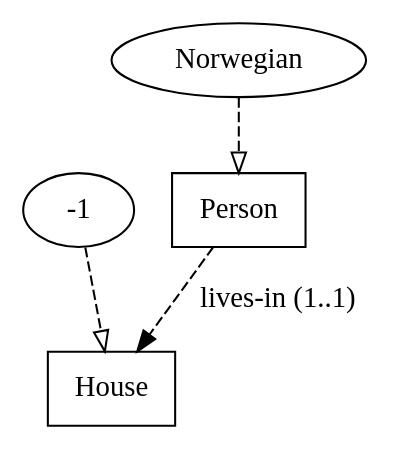
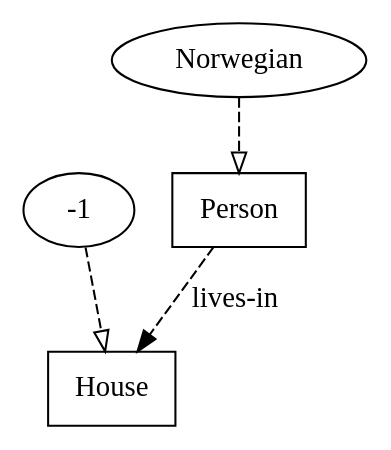
The first of 6 diagrams in docs/kernel/ir/03-ein-lang/04_dot_rendering.md (agutikov/ein), drawn with Graphviz before and after one commit. The commit also changed 12 other files, not shown here.

````diff
--- a/docs/kernel/ir/03-ein-lang/04_dot_rendering.md
+++ b/docs/kernel/ir/03-ein-lang/04_dot_rendering.md
@@ -80,11 +80,11 @@
 ```dot
 digraph ontology {
   Person     [shape=box];
   House      [shape=box];
   Norwegian  [shape=oval];
   House-1    [shape=oval];
   Norwegian -> Person [style=dashed, arrowhead=empty];   // instance-of
   House-1   -> House  [style=dashed, arrowhead=empty];
-  Person -> House [label="lives-in (1..1)", style=dashed]; // relation schema
+  Person -> House [label="lives-in", style=dashed];        // relation schema
 }
 ```
````
